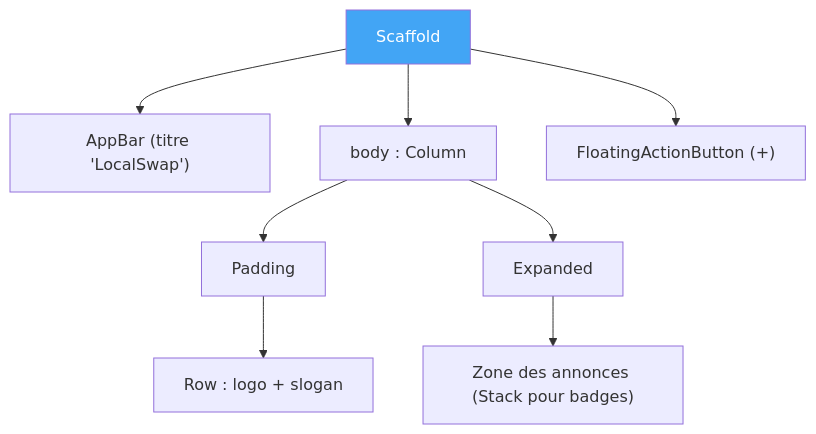
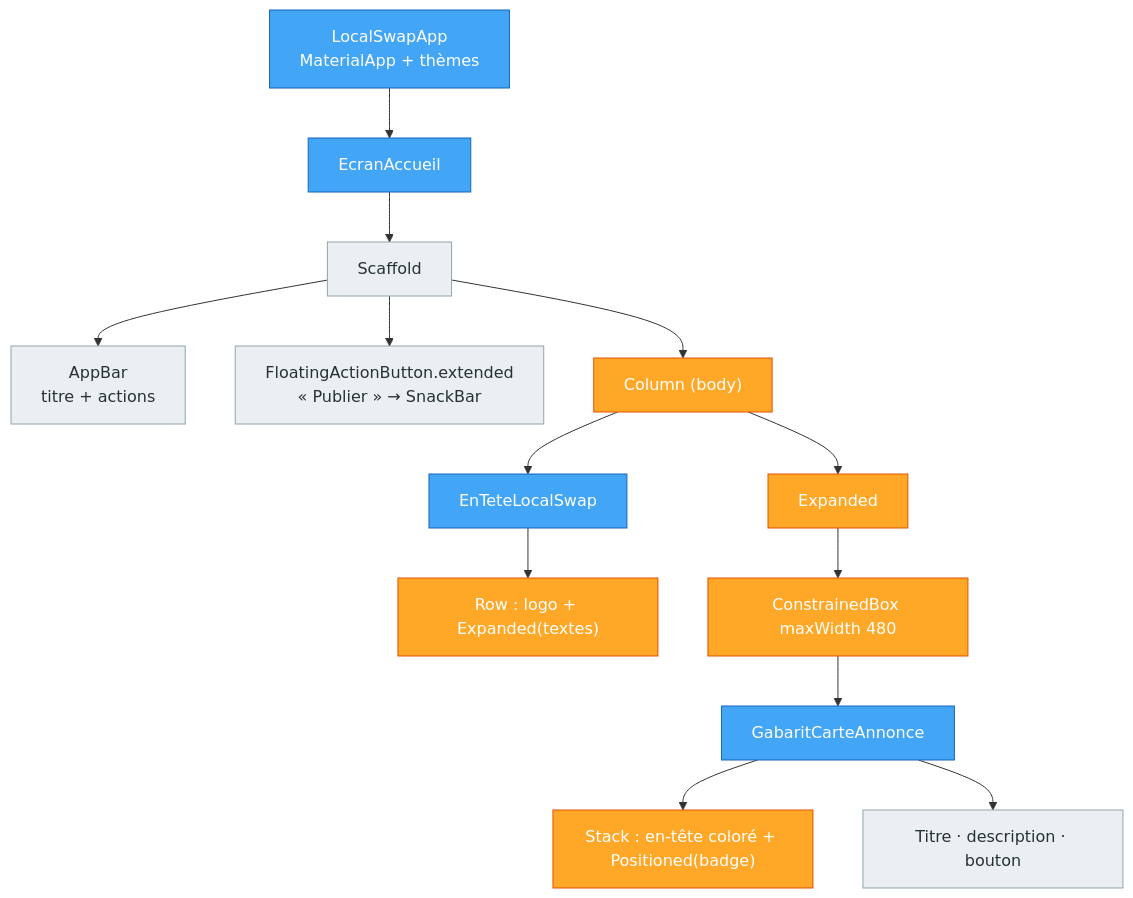
One commit to hajjiBel/flutter_2026 changed the diagram in TP3_Widgets_Material.md. Above: the diagram before and after it, drawn with Mermaid. The commit also changed other lines of this file, not shown here.

First line of the commit message:
TP3 : refonte de l'énoncé (règle de layout, Material 3, gabarit de carte, partie anti-IA)

````diff
--- a/TP3_Widgets_Material.md
+++ b/TP3_Widgets_Material.md
@@ -38,12 +77,19 @@
 ```mermaid
 flowchart TD
-    A["Scaffold"] --> B["AppBar (titre 'LocalSwap')"]
-    A --> C["body : Column"]
-    A --> D["FloatingActionButton (+)"]
-    C --> E["Padding"]
-    E --> F["Row : logo + slogan"]
-    C --> G["Expanded"]
-    G --> H["Zone des annonces (Stack pour badges)"]
+    APP["LocalSwapApp<br/>MaterialApp + thèmes"]:::mine --> ACC["EcranAccueil"]:::mine
+    ACC --> SC["Scaffold"]:::framework
+    SC --> AB["AppBar<br/>titre + actions"]:::framework
+    SC --> FAB["FloatingActionButton.extended<br/>« Publier » → SnackBar"]:::framework
+    SC --> COL["Column (body)"]:::layout
+    COL --> ET["EnTeteLocalSwap"]:::mine
+    ET --> ROW["Row : logo + Expanded(textes)"]:::layout
+    COL --> EXP["Expanded"]:::layout
+    EXP --> CB["ConstrainedBox maxWidth 480"]:::layout
+    CB --> GAB["GabaritCarteAnnonce"]:::mine
+    GAB --> STK["Stack : en-tête coloré + Positioned(badge)"]:::layout
+    GAB --> TXT["Titre · description · bouton"]:::framework
 
-    style A fill:#42a5f5,color:#fff
+    classDef mine fill:#42a5f5,stroke:#1565c0,color:#fff
+    classDef layout fill:#ffa726,stroke:#e65100,color:#fff
+    classDef framework fill:#eceff1,stroke:#90a4ae,color:#263238
 ```
````
